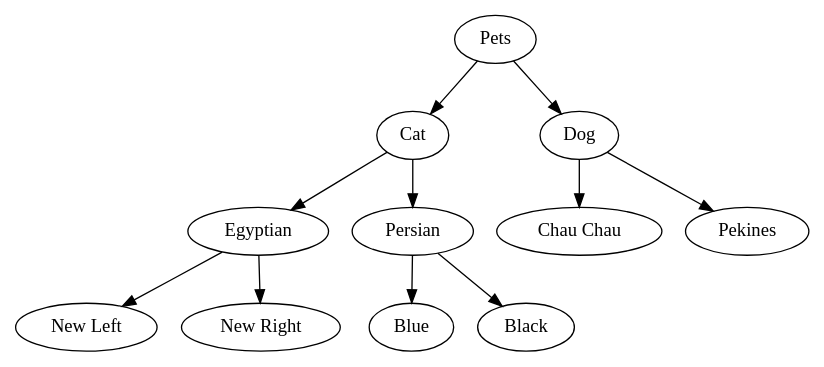
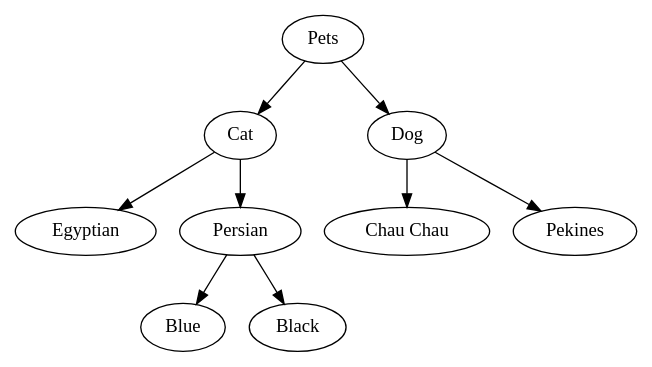
Before and after one commit to miray-mustafov/DSA: the diagram in data_structures/tree/binary_tree/with_linked_list/Digraph.gv, drawn with Graphviz. The commit also changed 9 other files, not shown here.

```diff
--- a/data_structures/tree/binary_tree/with_linked_list/Digraph.gv
+++ b/data_structures/tree/binary_tree/with_linked_list/Digraph.gv
@@ -1,23 +1,19 @@
 digraph {
 	Pets
 	Pets -> Cat
 	Cat
 	Cat -> Egyptian
 	Egyptian
-	Egyptian -> "New Left"
-	"New Left"
-	Egyptian -> "New Right"
-	"New Right"
 	Cat -> Persian
 	Persian
 	Persian -> Blue
 	Blue
 	Persian -> Black
 	Black
 	Pets -> Dog
 	Dog
 	Dog -> "Chau Chau"
 	"Chau Chau"
 	Dog -> Pekines
 	Pekines
 }
```
